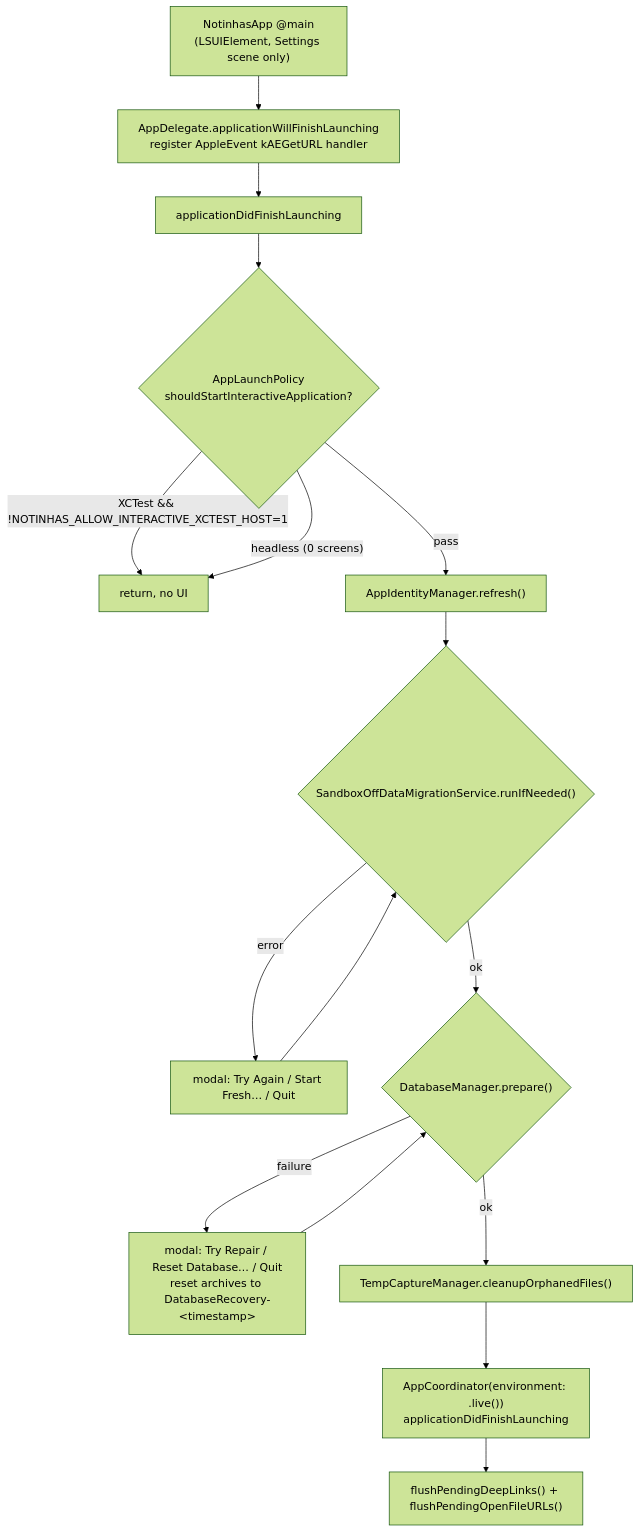
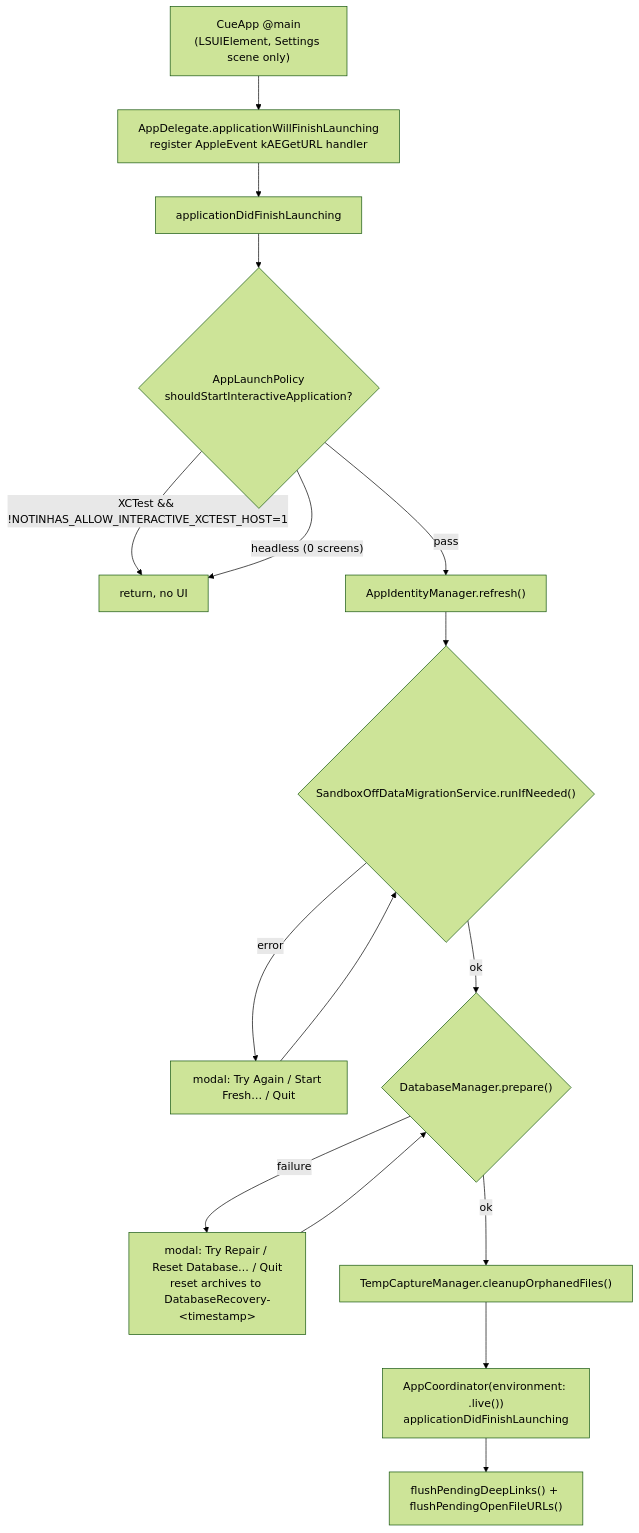
One commit to mourato/Cue changed the diagram in docs/APP_LIFECYCLE.md. Above: the diagram before and after it, drawn with Mermaid (forest theme). The commit also changed other lines of this file and 60 other files, not shown here.

````diff
--- a/docs/APP_LIFECYCLE.md
+++ b/docs/APP_LIFECYCLE.md
@@ -17,18 +17,18 @@
 ```mermaid
 flowchart TD
-    A["NotinhasApp @main<br/>(LSUIElement, Settings scene only)"] --> B["AppDelegate.applicationWillFinishLaunching<br/>register AppleEvent kAEGetURL handler"]
+    A["CueApp @main<br/>(LSUIElement, Settings scene only)"] --> B["AppDelegate.applicationWillFinishLaunching<br/>register AppleEvent kAEGetURL handler"]
     B --> C["applicationDidFinishLaunching"]
     C --> D{"AppLaunchPolicy<br/>shouldStartInteractiveApplication?"}
     D -- "XCTest && !NOTINHAS_ALLOW_INTERACTIVE_XCTEST_HOST=1" --> X[return, no UI]
     D -- "headless (0 screens)" --> X
     D -- pass --> E["AppIdentityManager.refresh()"]
     E --> F{"SandboxOffDataMigrationService.runIfNeeded()"}
     F -- "error" --> F1["modal: Try Again / Start Fresh… / Quit"]
     F1 --> F
     F -- ok --> G{"DatabaseManager.prepare()"}
     G -- "failure" --> G1["modal: Try Repair / Reset Database… / Quit<br/>reset archives to DatabaseRecovery-&lt;timestamp&gt;"]
     G1 --> G
     G -- ok --> H["TempCaptureManager.cleanupOrphanedFiles()"]
     H --> I["AppCoordinator(environment: .live())<br/>applicationDidFinishLaunching"]
     I --> J["flushPendingDeepLinks() + flushPendingOpenFileURLs()"]
 ```
````
